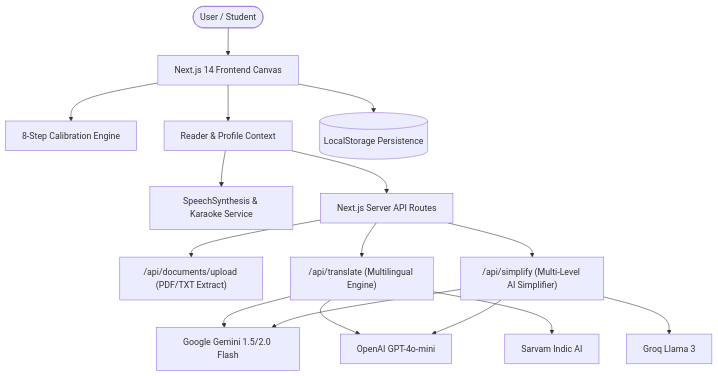
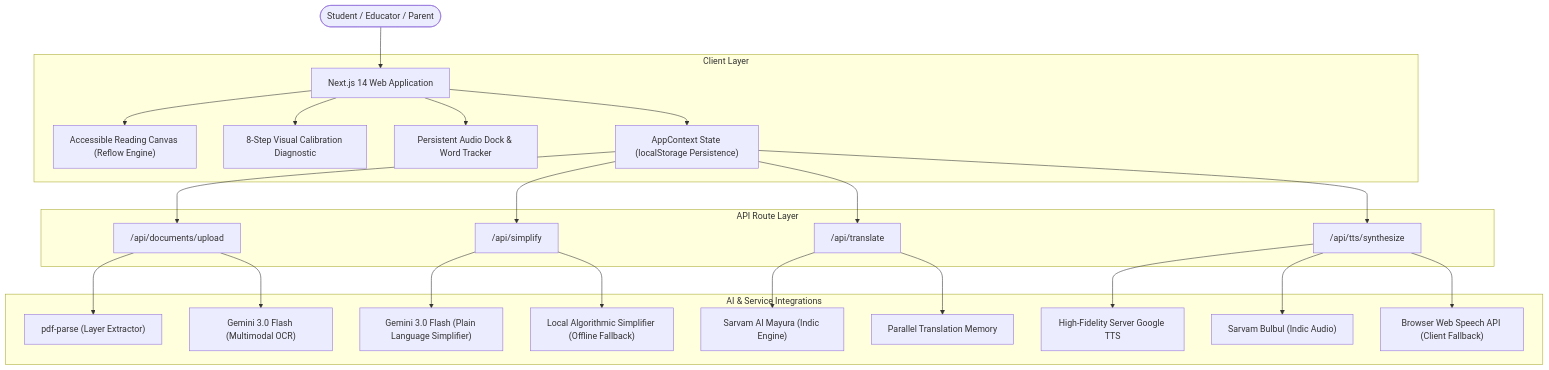
The diagram in Readme.md (CODExGAMERZ/akshar-setu), drawn with Mermaid before and after one commit. The commit also changed other lines of this file, not shown here.

Commit message:
docs: rewrite comprehensive README with 13 languages, architecture diagram, and deployment guides

````diff
--- a/Readme.md
+++ b/Readme.md
@@ -60,22 +73,33 @@
 ```mermaid
 graph TD
-    User(["User / Student"]) --> Client["Next.js 14 Frontend Canvas"]
-    Client --> Calibration["8-Step Calibration Engine"]
-    Client --> ReaderContext["Reader & Profile Context"]
-    Client --> Storage[("LocalStorage Persistence")]
+    User(["Student / Educator / Parent"]) --> NextApp["Next.js 14 Web Application"]
     
-    ReaderContext --> TTS["SpeechSynthesis & Karaoke Service"]
-    ReaderContext --> APIRoutes["Next.js Server API Routes"]
-    
-    APIRoutes --> UploadAPI["/api/documents/upload (PDF/TXT Extract)"]
-    APIRoutes --> TranslateAPI["/api/translate (Multilingual Engine)"]
-    APIRoutes --> SimplifyAPI["/api/simplify (Multi-Level AI Simplifier)"]
-    
-    TranslateAPI --> Gemini["Google Gemini 1.5/2.0 Flash"]
-    TranslateAPI --> OpenAI["OpenAI GPT-4o-mini"]
-    TranslateAPI --> Sarvam["Sarvam Indic AI"]
-    
-    SimplifyAPI --> Gemini
-    SimplifyAPI --> OpenAI
-    SimplifyAPI --> Groq["Groq Llama 3"]
+    subgraph Client Layer
+        NextApp --> ReaderCanvas["Accessible Reading Canvas (Reflow Engine)"]
+        NextApp --> CalibrationEngine["8-Step Visual Calibration Diagnostic"]
+        NextApp --> AudioDock["Persistent Audio Dock & Word Tracker"]
+        NextApp --> AppContext["AppContext State (localStorage Persistence)"]
+    end
+
+    subgraph API Route Layer
+        AppContext --> UploadAPI["/api/documents/upload"]
+        AppContext --> SimplifyAPI["/api/simplify"]
+        AppContext --> TranslateAPI["/api/translate"]
+        AppContext --> TTSAPI["/api/tts/synthesize"]
+    end
+
+    subgraph AI & Service Integrations
+        UploadAPI --> PDFParser["pdf-parse (Layer Extractor)"]
+        UploadAPI --> GeminiVision["Gemini 3.0 Flash (Multimodal OCR)"]
+        
+        SimplifyAPI --> GeminiNLP["Gemini 3.0 Flash (Plain Language Simplifier)"]
+        SimplifyAPI --> LocalEngine["Local Algorithmic Simplifier (Offline Fallback)"]
+        
+        TranslateAPI --> SarvamMayura["Sarvam AI Mayura (Indic Engine)"]
+        TranslateAPI --> MyMemoryCache["Parallel Translation Memory"]
+        
+        TTSAPI --> GoogleTTS["High-Fidelity Server Google TTS"]
+        TTSAPI --> SarvamBulbul["Sarvam Bulbul (Indic Audio)"]
+        TTSAPI --> WebSpeech["Browser Web Speech API (Client Fallback)"]
+    end
 ```
````
